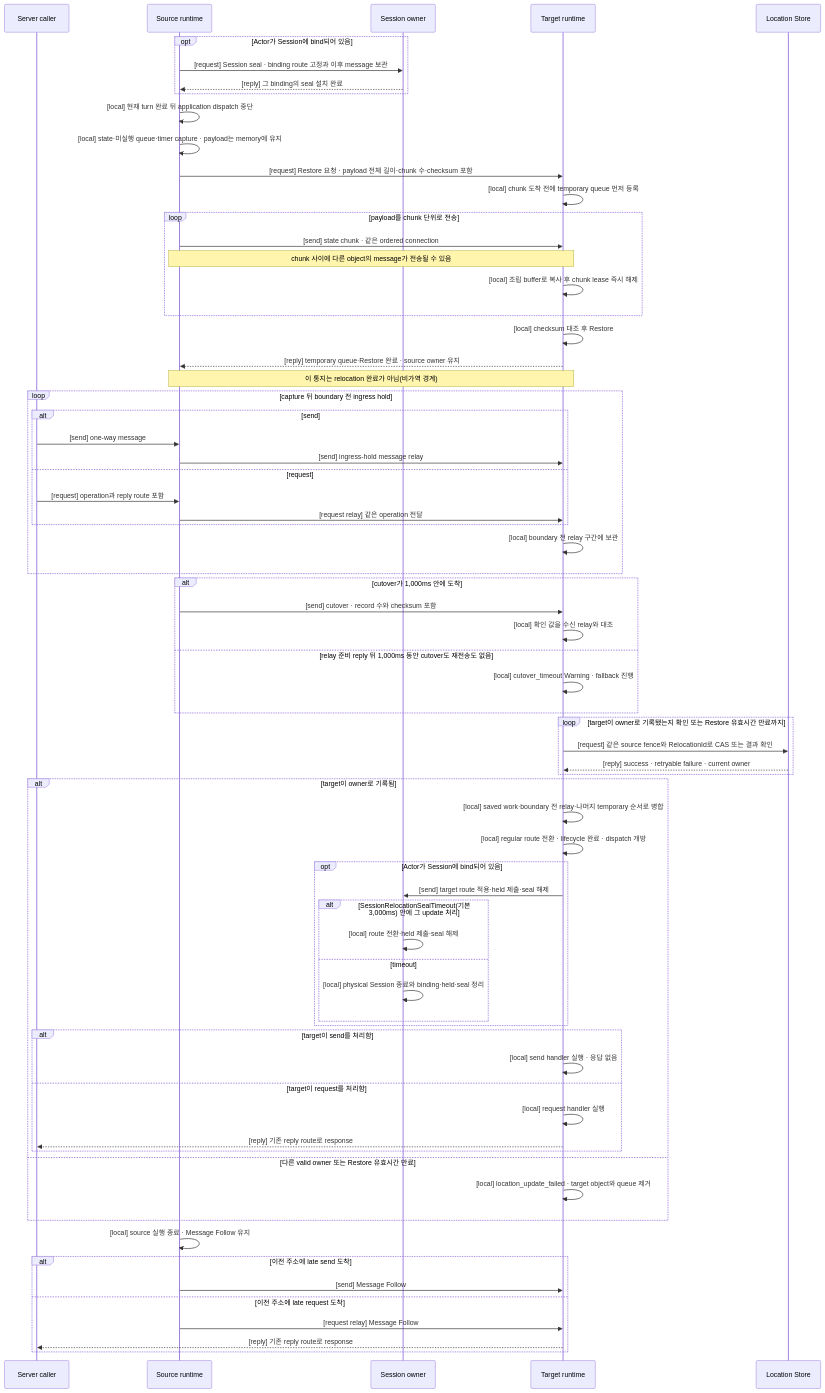
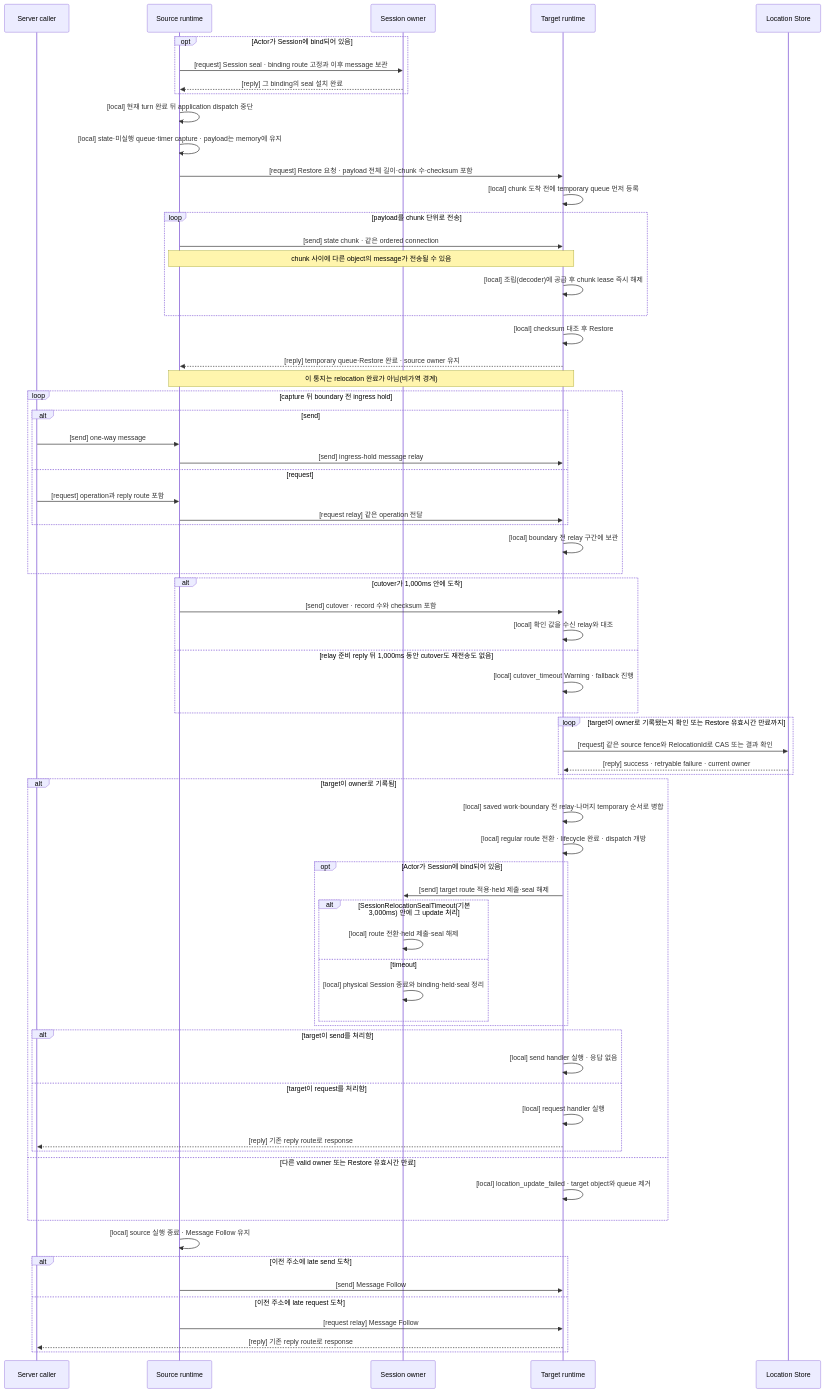
The first of 2 diagrams in framework/doc/framework/common/spec/server/05-location-relocation/04-relocation-flow.ko.md (zlink-systems/zlink), drawn with Mermaid before and after one commit. The commit also changed other lines of this file and 9 other files, not shown here.

First line of the commit message:
spec: 조립(assembly)을 incremental decoder 공급 상태로 정의하고 값은 schema replay object가 소유한다 (#778, sol 리뷰 반영)

````diff
--- a/framework/doc/framework/common/spec/server/05-location-relocation/04-relocation-flow.ko.md
+++ b/framework/doc/framework/common/spec/server/05-location-relocation/04-relocation-flow.ko.md
@@ -335,72 +337,72 @@
 ```mermaid
 sequenceDiagram
     participant C as Server caller
     participant A as Source runtime
     participant S as Session owner
     participant B as Target runtime
     participant L as Location Store
 
     opt Actor가 Session에 bind되어 있음
         A->>S: [request] Session seal · binding route 고정과 이후 message 보관
         S-->>A: [reply] 그 binding의 seal 설치 완료
     end
     A->>A: [local] 현재 turn 완료 뒤 application dispatch 중단
     A->>A: [local] state·미실행 queue·timer capture · payload는 memory에 유지
     A->>B: [request] Restore 요청 · payload 전체 길이·chunk 수·checksum 포함
     B->>B: [local] chunk 도착 전에 temporary queue 먼저 등록
     loop payload를 chunk 단위로 전송
         A->>B: [send] state chunk · 같은 ordered connection
         Note over A,B: chunk 사이에 다른 object의 message가 전송될 수 있음
-        B->>B: [local] 조립 buffer로 복사 후 chunk lease 즉시 해제
+        B->>B: [local] 조립(decoder)에 공급 후 chunk lease 즉시 해제
     end
     B->>B: [local] checksum 대조 후 Restore
     B-->>A: [reply] temporary queue·Restore 완료 · source owner 유지
     Note over A,B: 이 통지는 relocation 완료가 아님(비가역 경계)
     loop capture 뒤 boundary 전 ingress hold
         alt send
             C->>A: [send] one-way message
             A->>B: [send] ingress-hold message relay
         else request
             C->>A: [request] operation과 reply route 포함
             A->>B: [request relay] 같은 operation 전달
         end
         B->>B: [local] boundary 전 relay 구간에 보관
     end
     alt cutover가 1,000ms 안에 도착
         A->>B: [send] cutover · record 수와 checksum 포함
         B->>B: [local] 확인 값을 수신 relay와 대조
     else relay 준비 reply 뒤 1,000ms 동안 cutover도 재전송도 없음
         B->>B: [local] cutover_timeout Warning · fallback 진행
     end
     loop target이 owner로 기록됐는지 확인 또는 Restore 유효시간 만료까지
         B->>L: [request] 같은 source fence와 RelocationId로 CAS 또는 결과 확인
         L-->>B: [reply] success · retryable failure · current owner
     end
     alt target이 owner로 기록됨
         B->>B: [local] saved work·boundary 전 relay·나머지 temporary 순서로 병합
         B->>B: [local] regular route 전환 · lifecycle 완료 · dispatch 개방
         opt Actor가 Session에 bind되어 있음
             B->>S: [send] target route 적용·held 제출·seal 해제
             alt SessionRelocationSealTimeout(기본 3,000ms) 안에 그 update 처리
                 S->>S: [local] route 전환·held 제출·seal 해제
             else timeout
                 S->>S: [local] physical Session 종료와 binding·held·seal 정리
             end
         end
         alt target이 send를 처리함
             B->>B: [local] send handler 실행 · 응답 없음
         else target이 request를 처리함
             B->>B: [local] request handler 실행
             B-->>C: [reply] 기존 reply route로 response
         end
     else 다른 valid owner 또는 Restore 유효시간 만료
         B->>B: [local] location_update_failed · target object와 queue 제거
     end
     A->>A: [local] source 실행 종료 · Message Follow 유지
     alt 이전 주소에 late send 도착
         A->>B: [send] Message Follow
     else 이전 주소에 late request 도착
         A->>B: [request relay] Message Follow
         B-->>C: [reply] 기존 reply route로 response
     end
 ```
````
